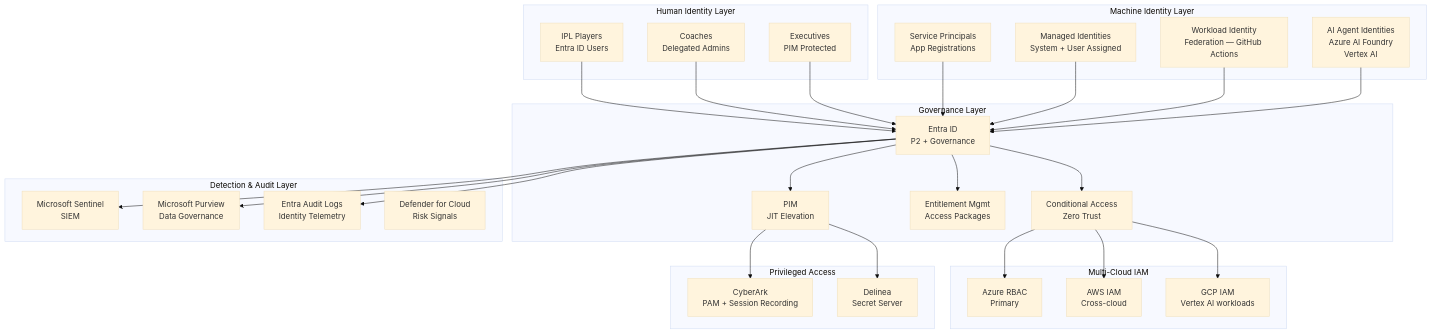
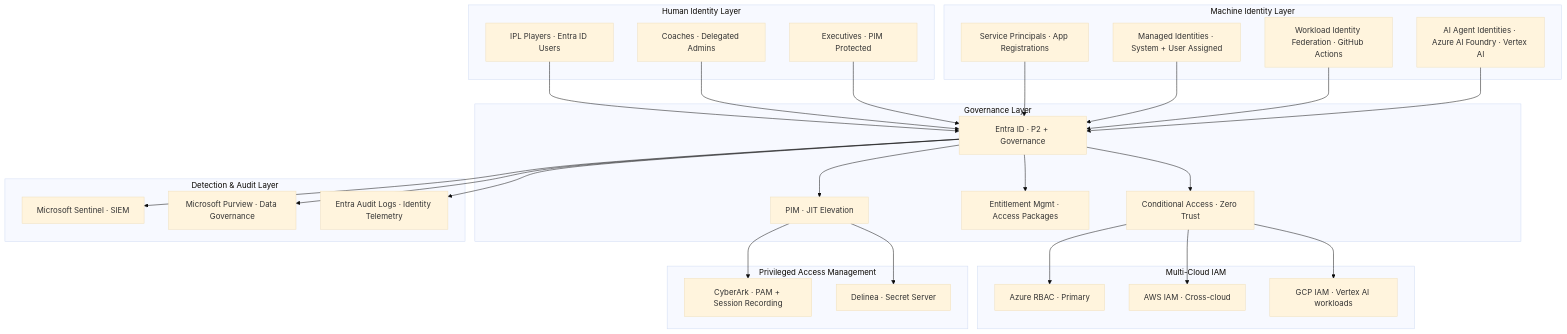
The second of 16 diagrams in 02-Enterprise-IAM-Lab-Curriculum.md (iam-kamran/Identity-and-Access-Management-Vendor-Neutral-Labs), drawn with Mermaid (base theme) before and after one commit. The commit also changed other lines of this file, not shown here.

````diff
--- a/02-Enterprise-IAM-Lab-Curriculum.md
+++ b/02-Enterprise-IAM-Lab-Curriculum.md
@@ -56,47 +69,46 @@
 ```mermaid
 graph TD
     subgraph HUMAN ["Human Identity Layer"]
-        H1["IPL Players\nEntra ID Users"]
-        H2["Coaches\nDelegated Admins"]
-        H3["Executives\nPIM Protected"]
+        H1["IPL Players · Entra ID Users"]
+        H2["Coaches · Delegated Admins"]
+        H3["Executives · PIM Protected"]
     end
 
     subgraph MACHINE ["Machine Identity Layer"]
-        M1["Service Principals\nApp Registrations"]
-        M2["Managed Identities\nSystem + User Assigned"]
-        M3["Workload Identity\nFederation — GitHub Actions"]
-        M4["AI Agent Identities\nAzure AI Foundry\nVertex AI"]
+        M1["Service Principals · App Registrations"]
+        M2["Managed Identities · System + User Assigned"]
+        M3["Workload Identity Federation · GitHub Actions"]
+        M4["AI Agent Identities · Azure AI Foundry · Vertex AI"]
     end
 
     subgraph GOVERNANCE ["Governance Layer"]
-        G1["Entra ID\nP2 + Governance"]
-        G2["PIM\nJIT Elevation"]
-        G3["Entitlement Mgmt\nAccess Packages"]
-        G4["Conditional Access\nZero Trust"]
+        G1["Entra ID · P2 + Governance"]
+        G2["PIM · JIT Elevation"]
+        G3["Entitlement Mgmt · Access Packages"]
+        G4["Conditional Access · Zero Trust"]
     end
 
     subgraph DETECTION ["Detection & Audit Layer"]
-        D1["Microsoft Sentinel\nSIEM"]
-        D2["Microsoft Purview\nData Governance"]
-        D3["Entra Audit Logs\nIdentity Telemetry"]
-        D4["Defender for Cloud\nRisk Signals"]
+        D1["Microsoft Sentinel · SIEM"]
+        D2["Microsoft Purview · Data Governance"]
+        D3["Entra Audit Logs · Identity Telemetry"]
     end
 
     subgraph MULTICLOUD ["Multi-Cloud IAM"]
-        C1["Azure RBAC\nPrimary"]
-        C2["AWS IAM\nCross-cloud"]
-        C3["GCP IAM\nVertex AI workloads"]
+        C1["Azure RBAC · Primary"]
+        C2["AWS IAM · Cross-cloud"]
+        C3["GCP IAM · Vertex AI workloads"]
     end
 
-    subgraph PAM ["Privileged Access"]
-        P1["CyberArk\nPAM + Session Recording"]
-        P2["Delinea\nSecret Server"]
+    subgraph PAM ["Privileged Access Management"]
+        P1["CyberArk · PAM + Session Recording"]
+        P2["Delinea · Secret Server"]
     end
 
     H1 & H2 & H3 --> G1
     M1 & M2 & M3 & M4 --> G1
     G1 --> G2 & G3 & G4
     G1 --> D1 & D2 & D3
     G4 --> C1 & C2 & C3
     G2 --> P1 & P2
 ```
````
